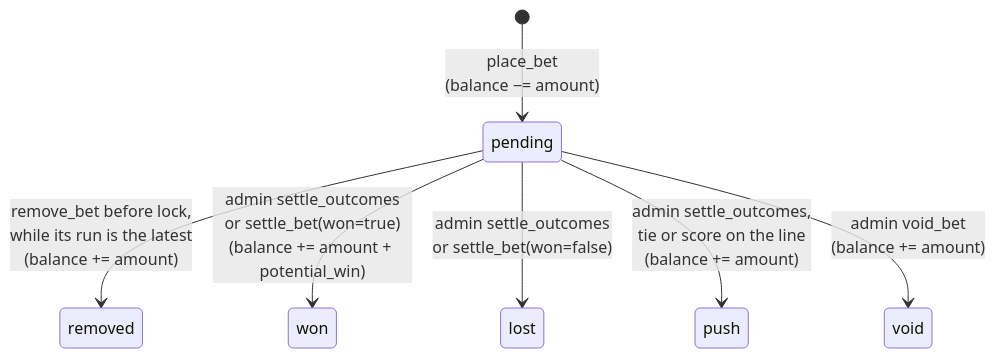
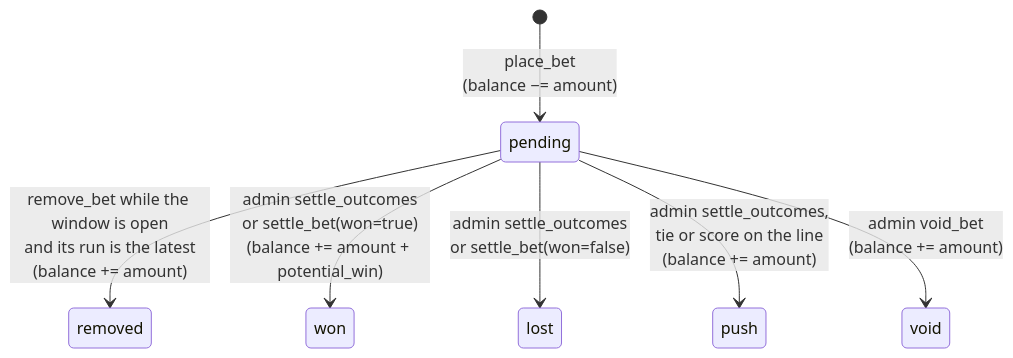
The second of 3 diagrams in docs/architecture/06-betting-lifecycle.md (sfaizi24/TNCasino), drawn with Mermaid before and after one commit. The commit also changed other lines of this file and 1 other file, not shown here.

First line of the commit message:
Document the betting window: three states, the lock as the hard close

````diff
--- a/docs/architecture/06-betting-lifecycle.md
+++ b/docs/architecture/06-betting-lifecycle.md
@@ -25,9 +39,9 @@
 ```mermaid
 stateDiagram-v2
     [*] --> pending: place_bet<br/>(balance −= amount)
-    pending --> removed: remove_bet before lock,<br/>while its run is the latest<br/>(balance += amount)
+    pending --> removed: remove_bet while the window is open<br/>and its run is the latest<br/>(balance += amount)
     pending --> won: admin settle_outcomes<br/>or settle_bet(won=true)<br/>(balance += amount + potential_win)
     pending --> lost: admin settle_outcomes<br/>or settle_bet(won=false)
     pending --> push: admin settle_outcomes,<br/>tie or score on the line<br/>(balance += amount)
     pending --> void: admin void_bet<br/>(balance += amount)
 ```
````
